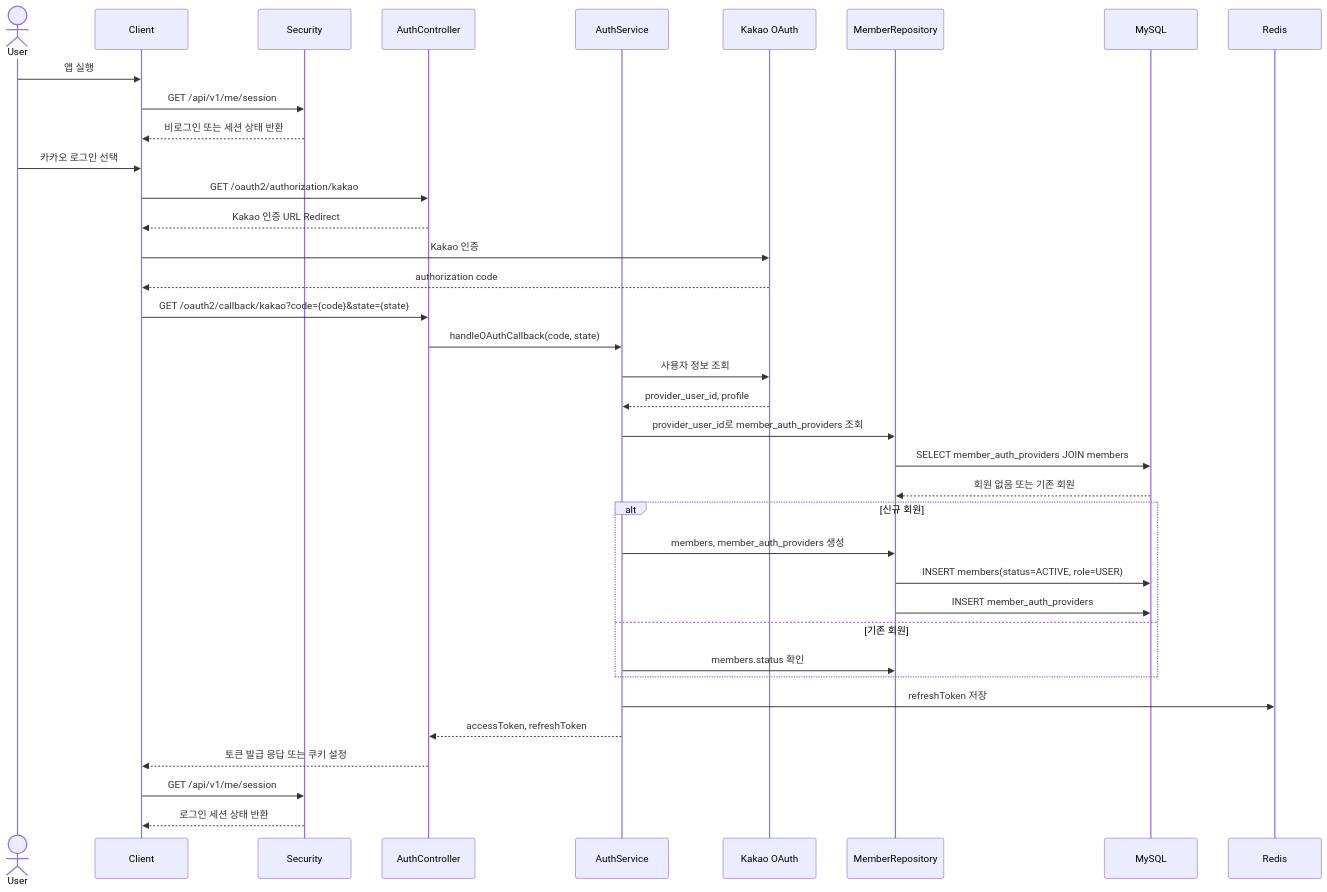
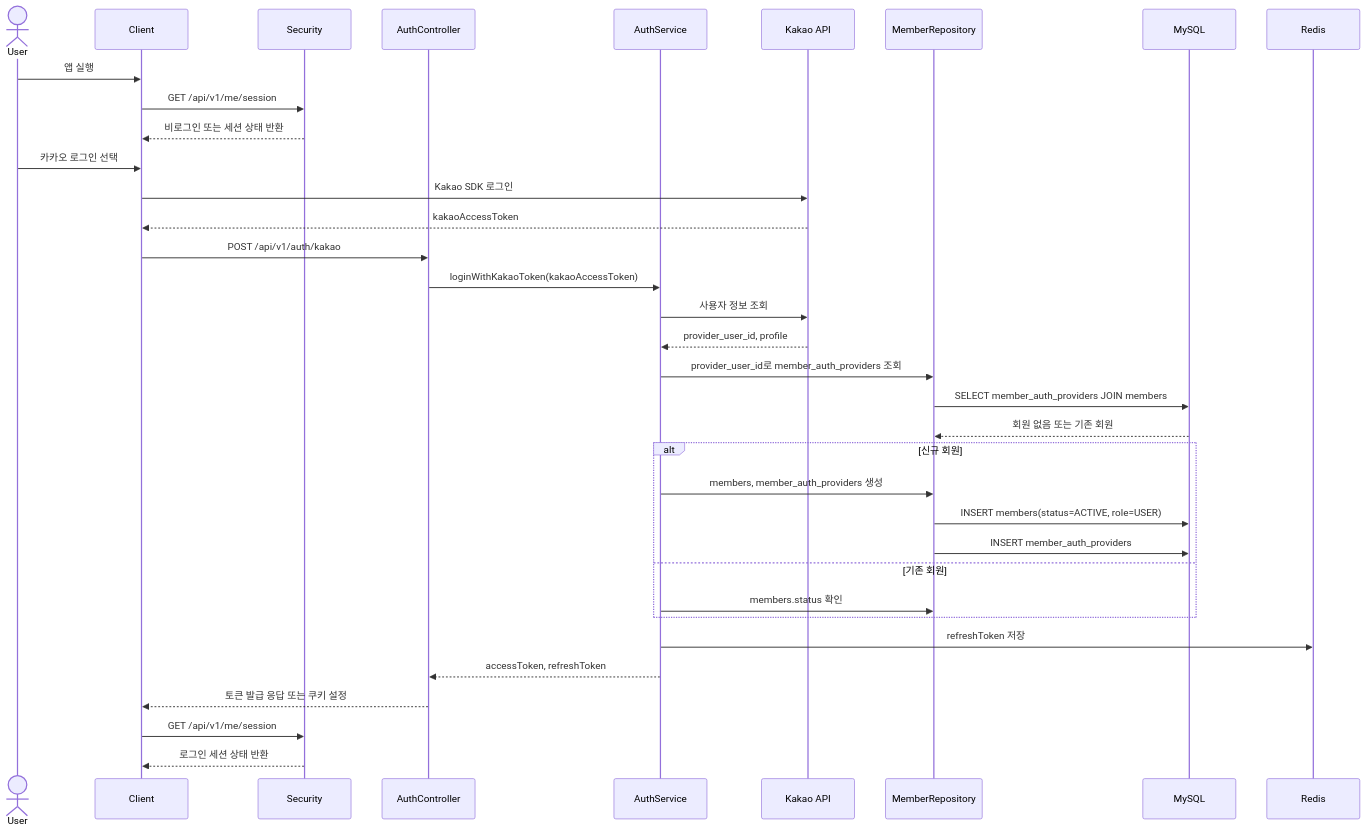
Before and after one commit to Tae0072/QT-AI-2nd-Team-Project: the first of 26 diagrams in doc/프로젝트 문서/05_시퀀스_다이어그램.md, drawn with Mermaid. The commit also changed other lines of this file and 706 other files, not shown here.

````diff
--- a/doc/프로젝트 문서/05_시퀀스_다이어그램.md
+++ b/doc/프로젝트 문서/05_시퀀스_다이어그램.md
@@ -53,40 +54,38 @@
 ```mermaid
 sequenceDiagram
     actor User as User
     participant Client as Client
     participant Security as Security
     participant Auth as AuthController
     participant AuthService as AuthService
-    participant Kakao as Kakao OAuth
+    participant Kakao as Kakao API
     participant Repo as MemberRepository
     participant MySQL as MySQL
     participant Redis as Redis
 
     User->>Client: 앱 실행
     Client->>Security: GET /api/v1/me/session
     Security-->>Client: 비로그인 또는 세션 상태 반환
     User->>Client: 카카오 로그인 선택
-    Client->>Auth: GET /oauth2/authorization/kakao
-    Auth-->>Client: Kakao 인증 URL Redirect
-    Client->>Kakao: Kakao 인증
-    Kakao-->>Client: authorization code
-    Client->>Auth: GET /oauth2/callback/kakao?code={code}&state={state}
-    Auth->>AuthService: handleOAuthCallback(code, state)
+    Client->>Kakao: Kakao SDK 로그인
+    Kakao-->>Client: kakaoAccessToken
+    Client->>Auth: POST /api/v1/auth/kakao
+    Auth->>AuthService: loginWithKakaoToken(kakaoAccessToken)
     AuthService->>Kakao: 사용자 정보 조회
     Kakao-->>AuthService: provider_user_id, profile
     AuthService->>Repo: provider_user_id로 member_auth_providers 조회
     Repo->>MySQL: SELECT member_auth_providers JOIN members
     MySQL-->>Repo: 회원 없음 또는 기존 회원
     alt 신규 회원
         AuthService->>Repo: members, member_auth_providers 생성
         Repo->>MySQL: INSERT members(status=ACTIVE, role=USER)
         Repo->>MySQL: INSERT member_auth_providers
     else 기존 회원
         AuthService->>Repo: members.status 확인
     end
     AuthService->>Redis: refreshToken 저장
     AuthService-->>Auth: accessToken, refreshToken
     Auth-->>Client: 토큰 발급 응답 또는 쿠키 설정
     Client->>Security: GET /api/v1/me/session
     Security-->>Client: 로그인 세션 상태 반환
 ```
````
